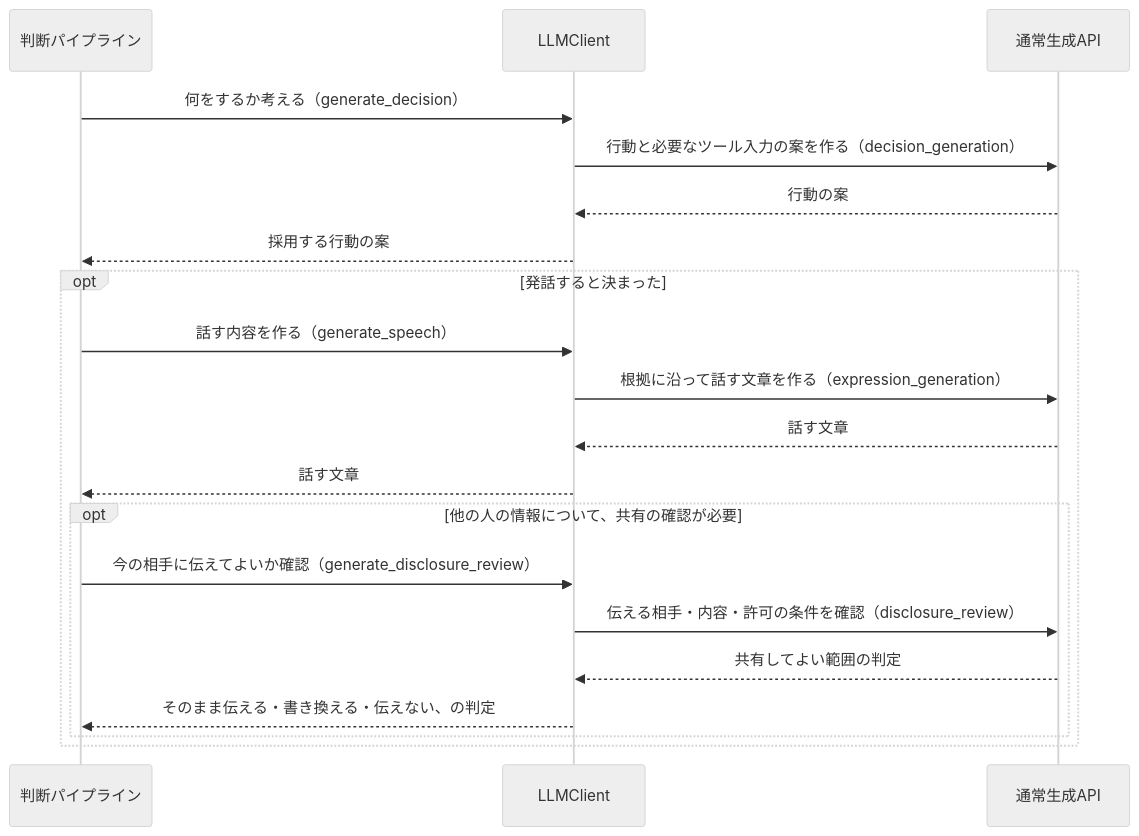
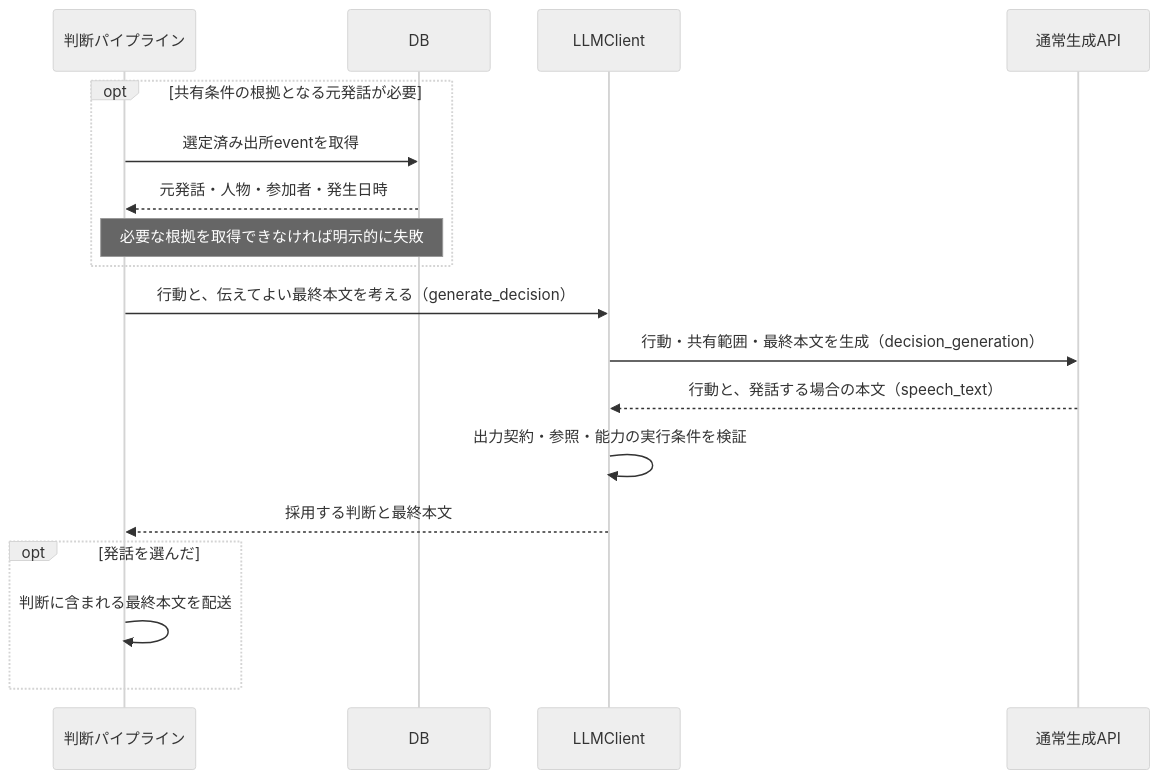
One commit to hirona98/OtomeKairo changed the second of 7 diagrams in docs/design/llm/LLM呼び出しシーケンス.md. Above: the diagram before and after it, drawn with Mermaid (neutral theme). The commit also changed other lines of this file and 33 other files, not shown here.

````diff
--- a/docs/design/llm/LLM呼び出しシーケンス.md
+++ b/docs/design/llm/LLM呼び出しシーケンス.md
@@ -140,23 +141,21 @@
 ```mermaid
 sequenceDiagram
     participant C as 判断パイプライン
+    participant D as DB
     participant L as LLMClient
     participant G as 通常生成API
 
-    C->>L: 何をするか考える（generate_decision）
-    L->>G: 行動と必要なツール入力の案を作る（decision_generation）
-    G-->>L: 行動の案
-    L-->>C: 採用する行動の案
-    opt 発話すると決まった
-        C->>L: 話す内容を作る（generate_speech）
-        L->>G: 根拠に沿って話す文章を作る（expression_generation）
-        G-->>L: 話す文章
-        L-->>C: 話す文章
-        opt 他の人の情報について、共有の確認が必要
-            C->>L: 今の相手に伝えてよいか確認（generate_disclosure_review）
-            L->>G: 伝える相手・内容・許可の条件を確認（disclosure_review）
-            G-->>L: 共有してよい範囲の判定
-            L-->>C: そのまま伝える・書き換える・伝えない、の判定
-        end
+    opt 共有条件の根拠となる元発話が必要
+        C->>D: 選定済み出所eventを取得
+        D-->>C: 元発話・人物・参加者・発生日時
+        Note over C,D: 必要な根拠を取得できなければ明示的に失敗
+    end
+    C->>L: 行動と、伝えてよい最終本文を考える（generate_decision）
+    L->>G: 行動・共有範囲・最終本文を生成（decision_generation）
+    G-->>L: 行動と、発話する場合の本文（speech_text）
+    L->>L: 出力契約・参照・能力の実行条件を検証
+    L-->>C: 採用する判断と最終本文
+    opt 発話を選んだ
+        C->>C: 判断に含まれる最終本文を配送
     end
 ```
````
